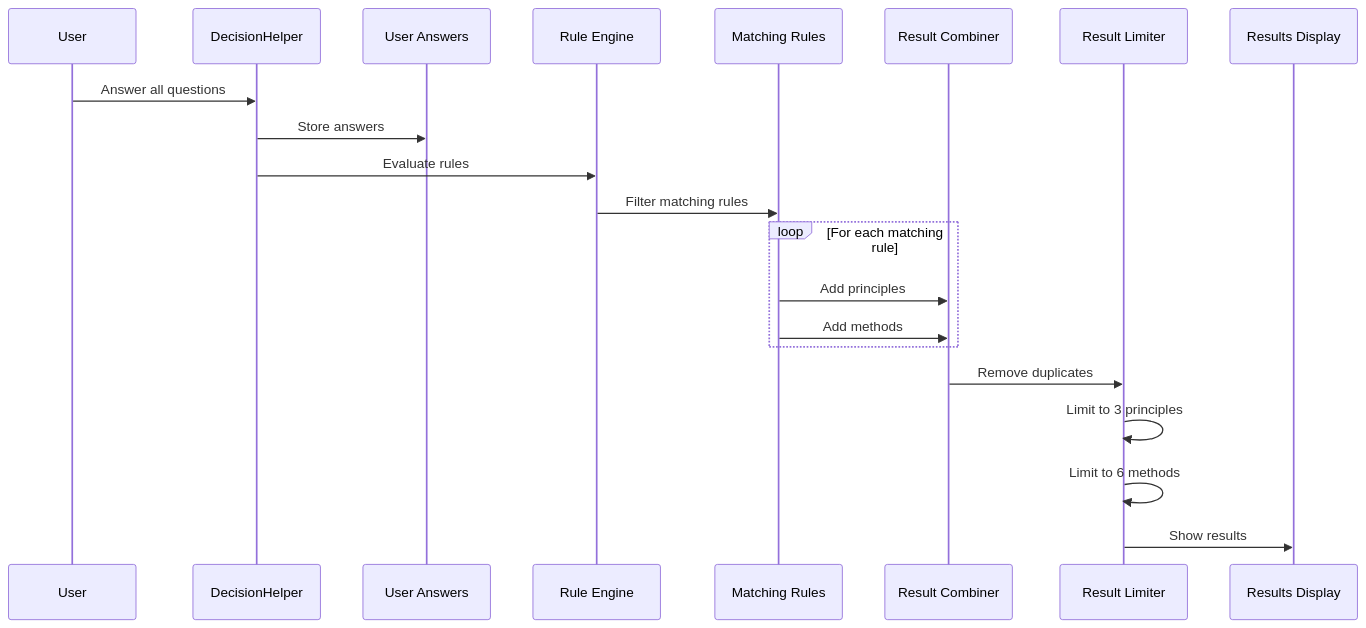
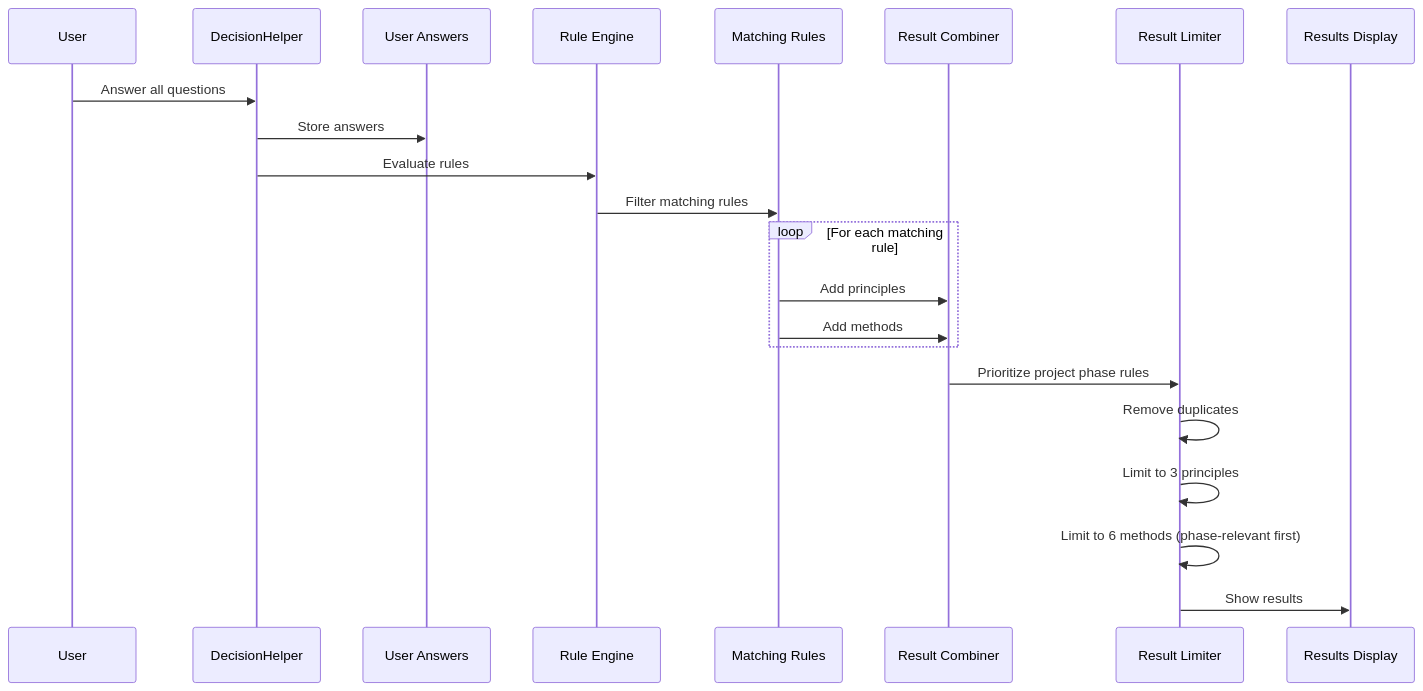
One commit to pfederi/pragmaticux changed the second of 7 diagrams in docs/decision-logic.md. Above: the diagram before and after it, drawn with Mermaid. The commit also changed other lines of this file and 20 other files, not shown here.

````diff
--- a/docs/decision-logic.md
+++ b/docs/decision-logic.md
@@ -78,26 +78,27 @@
 ```mermaid
 sequenceDiagram
     participant User
     participant Component as DecisionHelper
     participant Answers as User Answers
     participant Rules as Rule Engine
     participant Matching as Matching Rules
     participant Combine as Result Combiner
     participant Limit as Result Limiter
     participant Display as Results Display
     
     User->>Component: Answer all questions
     Component->>Answers: Store answers
     Component->>Rules: Evaluate rules
     Rules->>Matching: Filter matching rules
     
     loop For each matching rule
         Matching->>Combine: Add principles
         Matching->>Combine: Add methods
     end
     
-    Combine->>Limit: Remove duplicates
+    Combine->>Limit: Prioritize project phase rules
+    Limit->>Limit: Remove duplicates
     Limit->>Limit: Limit to 3 principles
-    Limit->>Limit: Limit to 6 methods
+    Limit->>Limit: Limit to 6 methods (phase-relevant first)
     Limit->>Display: Show results
 ```
````
